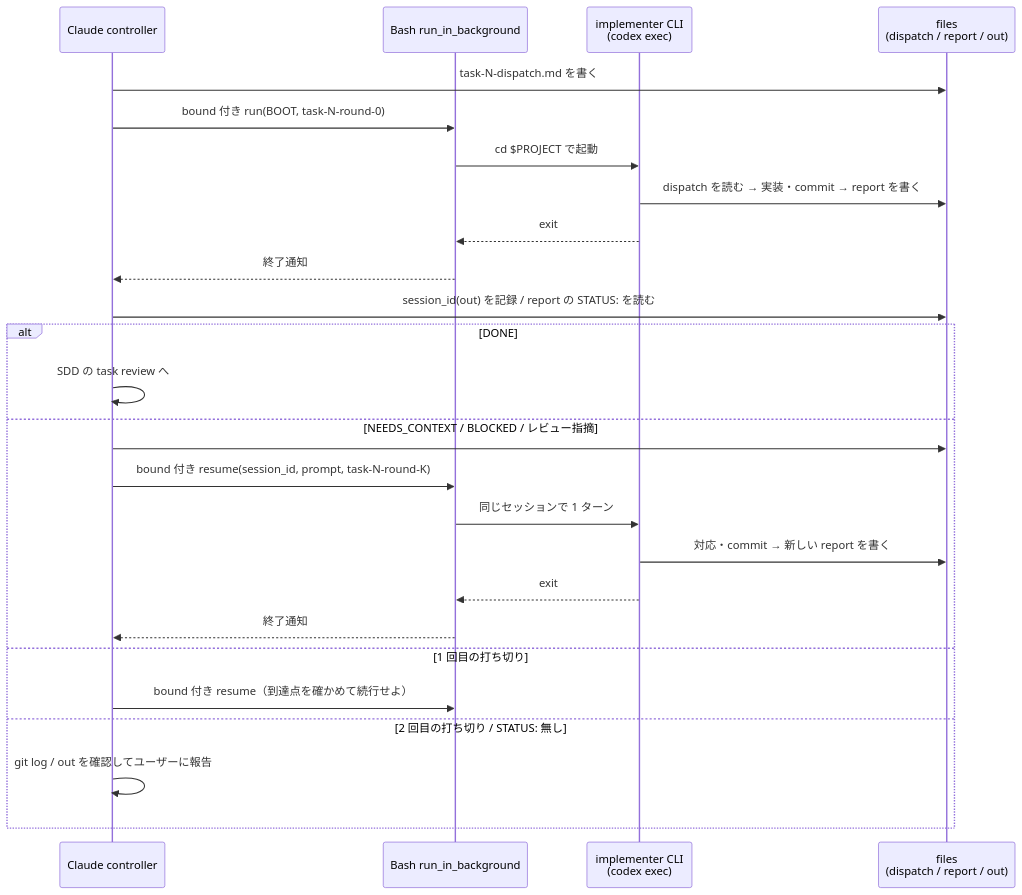
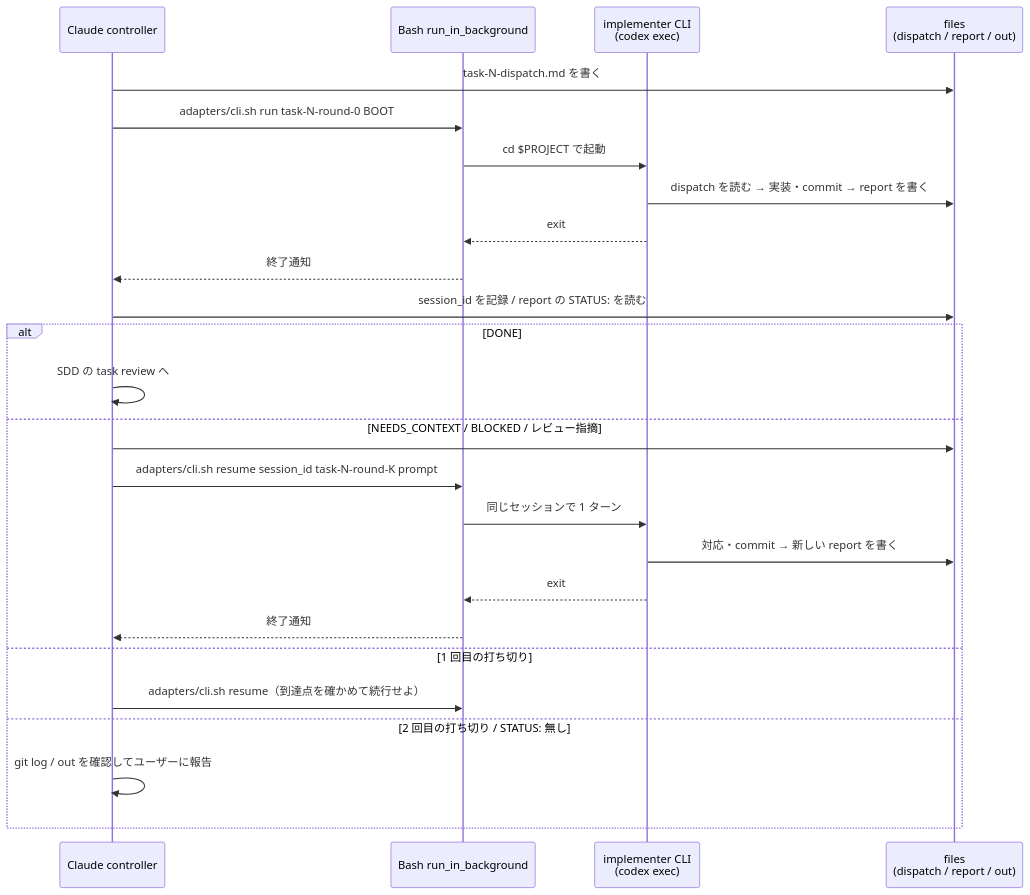
The second of 2 diagrams in docs/superpowers/specs/2026-11-20-delegated-development-design.md (panicboat/dotfiles), drawn with Mermaid before and after one commit. The commit also changed other lines of this file, not shown here.

Commit message:
docs(skills): split delegated-development adapters into per-cli scripts

````diff
--- a/docs/superpowers/specs/2026-11-20-delegated-development-design.md
+++ b/docs/superpowers/specs/2026-11-20-delegated-development-design.md
@@ -102,29 +103,29 @@
 ```mermaid
 sequenceDiagram
   participant C as Claude controller
   participant H as Bash run_in_background
   participant I as implementer CLI<br/>(codex exec)
   participant F as files<br/>(dispatch / report / out)
 
   C->>F: task-N-dispatch.md を書く
-  C->>H: bound 付き run(BOOT, task-N-round-0)
+  C->>H: adapters/cli.sh run task-N-round-0 BOOT
   H->>I: cd $PROJECT で起動
   I->>F: dispatch を読む → 実装・commit → report を書く
   I-->>H: exit
   H-->>C: 終了通知
-  C->>F: session_id(out) を記録 / report の STATUS: を読む
+  C->>F: session_id を記録 / report の STATUS: を読む
   alt DONE
     C->>C: SDD の task review へ
   else NEEDS_CONTEXT / BLOCKED / レビュー指摘
     C->>F: ## Redispatch K を追記し、report を round-(K-1) に rename
-    C->>H: bound 付き resume(session_id, prompt, task-N-round-K)
+    C->>H: adapters/cli.sh resume session_id task-N-round-K prompt
     H->>I: 同じセッションで 1 ターン
     I->>F: 対応・commit → 新しい report を書く
     I-->>H: exit
     H-->>C: 終了通知
   else 1 回目の打ち切り
-    C->>H: bound 付き resume（到達点を確かめて続行せよ）
+    C->>H: adapters/cli.sh resume（到達点を確かめて続行せよ）
   else 2 回目の打ち切り / STATUS: 無し
     C->>C: git log / out を確認してユーザーに報告
   end
 ```
````
